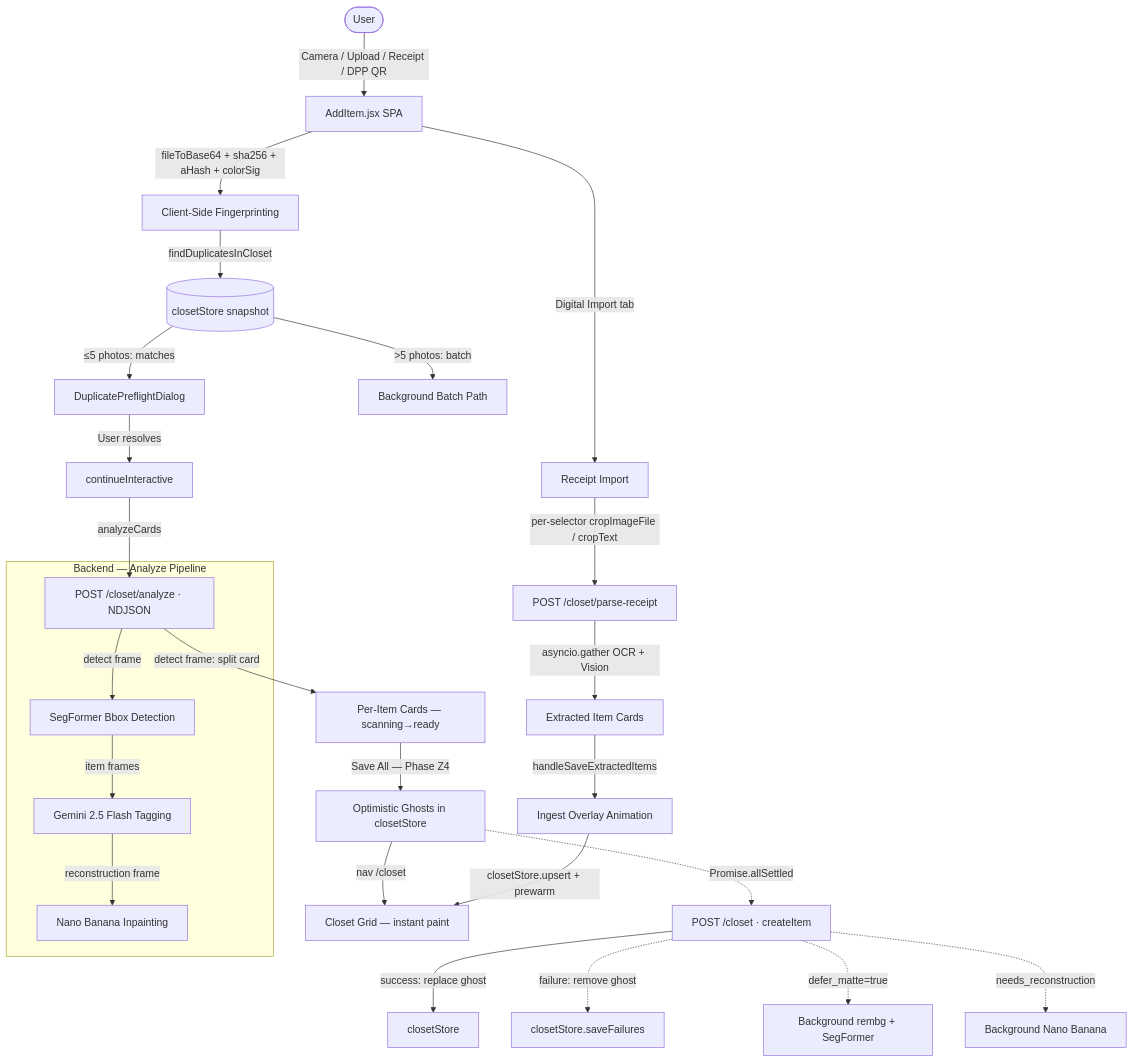
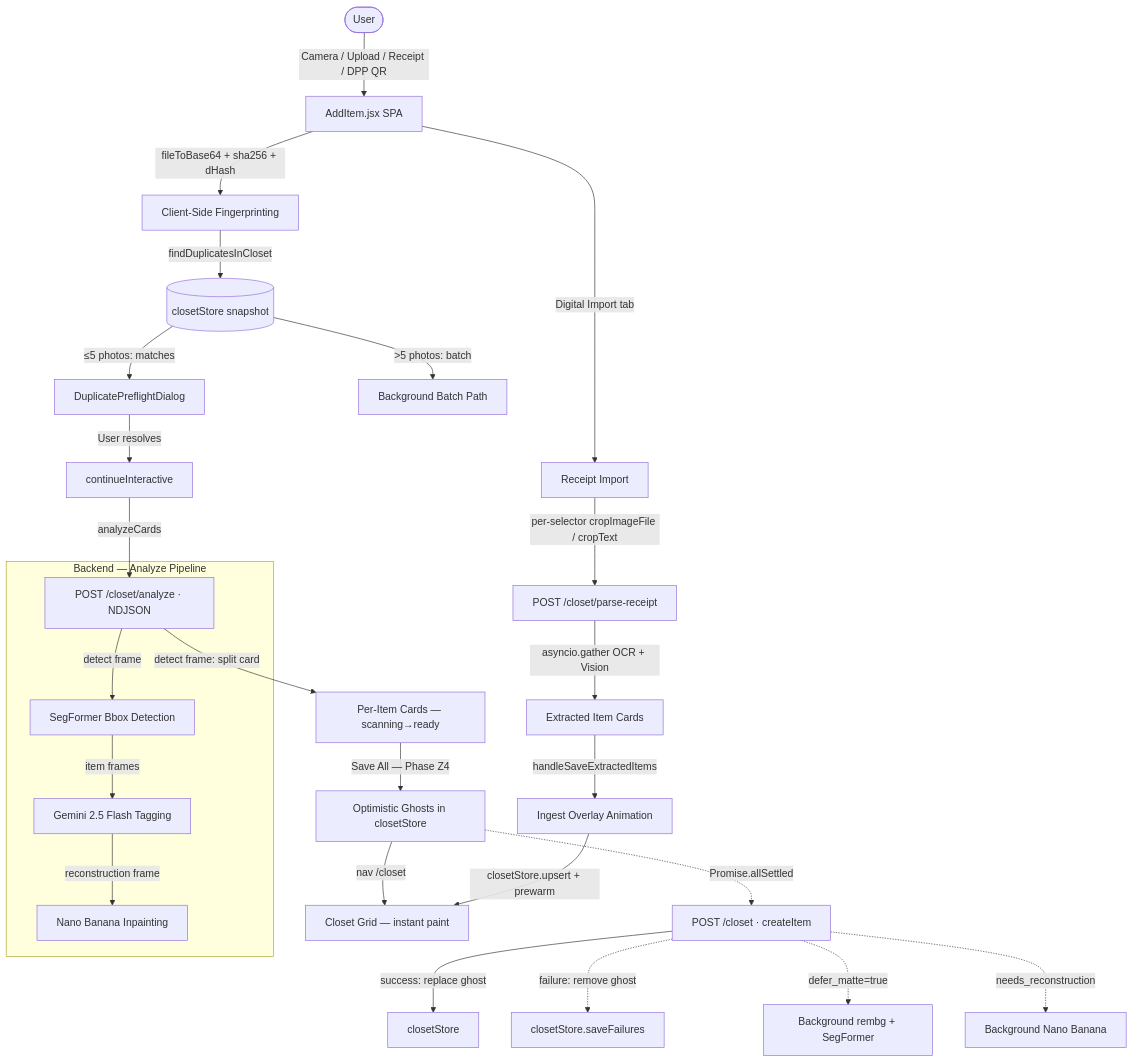
The diagram in docs/Add-Item.md (Yoram-Jacobs/DressAppV1), drawn with Mermaid before and after one commit. The commit also changed other lines of this file, not shown here.

Commit message:
docs: update Add-Item.md duplicate detection description to use dHash and exact matching

````diff
--- a/docs/Add-Item.md
+++ b/docs/Add-Item.md
@@ -19,32 +19,32 @@
 ```mermaid
 graph TD
     User([User]) -->|Camera / Upload / Receipt / DPP QR| UI[AddItem.jsx SPA]
 
-    UI -->|fileToBase64 + sha256 + aHash + colorSig| FP[Client-Side Fingerprinting]
+    UI -->|fileToBase64 + sha256 + dHash| FP[Client-Side Fingerprinting]
     FP -->|findDuplicatesInCloset| Cache[(closetStore snapshot)]
     Cache -->|"≤5 photos: matches"| Dialog[DuplicatePreflightDialog]
     Cache -->|">5 photos: batch"| BG[Background Batch Path]
     Dialog -->|User resolves| Continue[continueInteractive]
     Continue -->|analyzeCards| Stream["POST /closet/analyze · NDJSON"]
 
     subgraph Backend_Analyze_Pipeline ["Backend — Analyze Pipeline"]
         Stream -->|detect frame| Detect[SegFormer Bbox Detection]
         Detect -->|item frames| Gemini[Gemini 2.5 Flash Tagging]
         Gemini -->|reconstruction frame| NanoBanana[Nano Banana Inpainting]
     end
 
     Stream -->|detect frame: split card| Cards["Per-Item Cards — scanning→ready"]
     Cards -->|Save All — Phase Z4| Optimistic[Optimistic Ghosts in closetStore]
     Optimistic -->|nav /closet| ClosetGrid[Closet Grid — instant paint]
     Optimistic -.->|Promise.allSettled| API["POST /closet · createItem"]
     API -->|success: replace ghost| closetStore
     API -.->|failure: remove ghost| FailureLog[closetStore.saveFailures]
     API -.->|defer_matte=true| MatteTask[Background rembg + SegFormer]
     API -.->|needs_reconstruction| RecTask[Background Nano Banana]
 
     UI -->|Digital Import tab| Receipt[Receipt Import]
     Receipt -->|"per-selector cropImageFile / cropText"| ParseAPI["POST /closet/parse-receipt"]
     ParseAPI -->|asyncio.gather OCR + Vision| ExtractedCards[Extracted Item Cards]
     ExtractedCards -->|handleSaveExtractedItems| IngestOverlay[Ingest Overlay Animation]
     IngestOverlay -->|closetStore.upsert + prewarm| ClosetGrid
 ```
````
